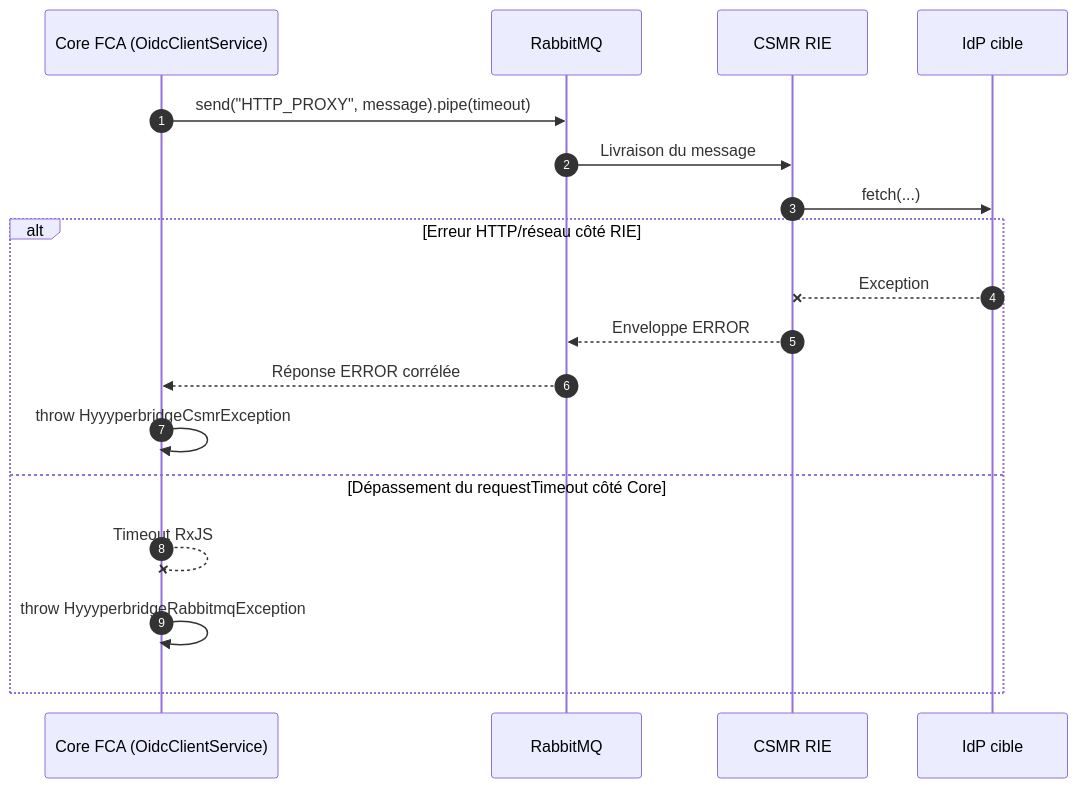
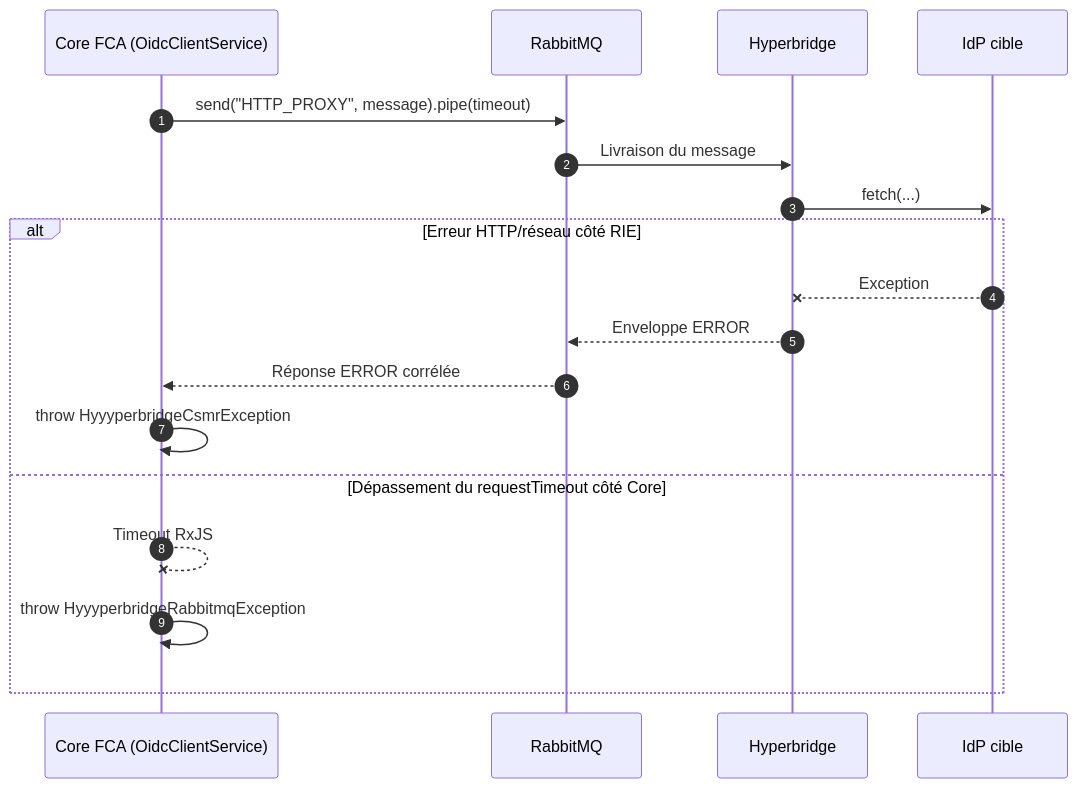
Before and after one commit to proconnect-gouv/federation: the second of 2 diagrams in back/_doc/hyyyperbridge.md, drawn with Mermaid. The commit also changed other lines of this file and 19 other files, not shown here.

First line of the commit message:
♻️ rename csmr-rie to hyperbridge

````diff
--- a/back/_doc/hyyyperbridge.md
+++ b/back/_doc/hyyyperbridge.md
@@ -38,21 +38,21 @@
 ```mermaid
 sequenceDiagram
     autonumber
     participant Core as Core FCA (OidcClientService)
     participant RMQ as RabbitMQ
-    participant RIE as CSMR RIE
+    participant RIE as Hyperbridge
     participant IDP as IdP cible
 
     Core->>RMQ: send("HTTP_PROXY", message).pipe(timeout)
     RMQ->>RIE: Livraison du message
     RIE->>IDP: fetch(...)
     alt Erreur HTTP/réseau côté RIE
         IDP--xRIE: Exception
         RIE-->>RMQ: Enveloppe ERROR
         RMQ-->>Core: Réponse ERROR corrélée
         Core->>Core: throw HyyyperbridgeCsmrException
     else Dépassement du requestTimeout côté Core
         Core--xCore: Timeout RxJS
         Core->>Core: throw HyyyperbridgeRabbitmqException
     end
 ```
````
